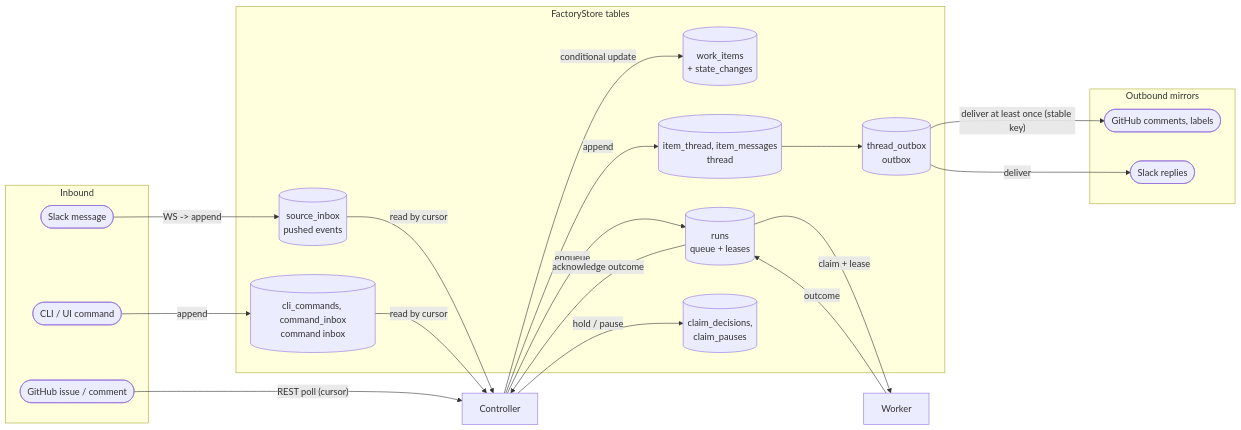
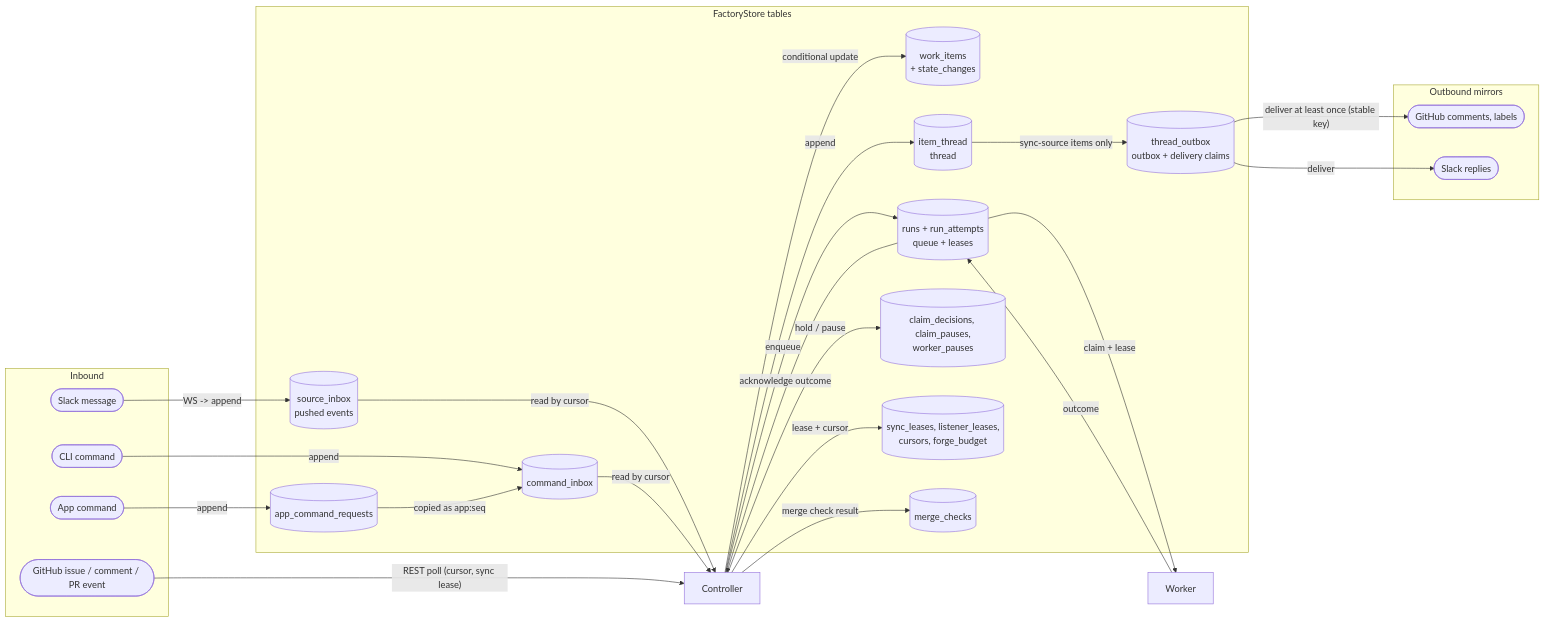
One commit to seonWKim/software-factory changed the third of 6 diagrams in ARCHITECTURE.md. Above: the diagram before and after it, drawn with Mermaid. The commit also changed other lines of this file, not shown here.

First line of the commit message:
ARCHITECTURE.md: match main, add local route and local-first gaps

````diff
--- a/ARCHITECTURE.md
+++ b/ARCHITECTURE.md
@@ -166,37 +186,45 @@
 ```mermaid
 graph LR
   subgraph IN["Inbound"]
-    GHI(["GitHub issue / comment"])
+    GHI(["GitHub issue / comment / PR event"])
     SLI(["Slack message"])
-    CLII(["CLI / UI command"])
+    CLII(["CLI command"])
+    APPI(["App command"])
   end
   subgraph STORE["FactoryStore tables"]
     WI[("work_items<br/>+ state_changes")]
-    RQ[("runs<br/>queue + leases")]
-    CI[("cli_commands, command_inbox<br/>command inbox")]
+    RQ[("runs + run_attempts<br/>queue + leases")]
+    AR[("app_command_requests")]
+    CI[("command_inbox")]
     IE[("source_inbox<br/>pushed events")]
-    TH[("item_thread, item_messages<br/>thread")]
-    TD[("thread_outbox<br/>outbox")]
-    CD[("claim_decisions,<br/>claim_pauses")]
+    TH[("item_thread<br/>thread")]
+    TD[("thread_outbox<br/>outbox + delivery claims")]
+    CD[("claim_decisions, claim_pauses,<br/>worker_pauses")]
+    SY[("sync_leases, listener_leases,<br/>cursors, forge_budget")]
+    MC[("merge_checks")]
   end
   subgraph OUT["Outbound mirrors"]
     GHO(["GitHub comments, labels"])
     SLO(["Slack replies"])
   end
 
-  GHI -- "REST poll (cursor)" --> CTL["Controller"]
+  GHI -- "REST poll (cursor, sync lease)" --> CTL["Controller"]
   SLI -- "WS -> append" --> IE
   CLII -- append --> CI
+  APPI -- append --> AR
+  AR -- "copied as app:seq" --> CI
   IE -- "read by cursor" --> CTL
   CI -- "read by cursor" --> CTL
+  CTL -- "lease + cursor" --> SY
   CTL -- "conditional update" --> WI
   CTL -- enqueue --> RQ
   CTL -- "hold / pause" --> CD
+  CTL -- "merge check result" --> MC
   RQ -- "claim + lease" --> W["Worker"]
   W -- "outcome" --> RQ
   RQ -- "acknowledge outcome" --> CTL
   CTL -- append --> TH
-  TH --> TD
+  TH -- "sync-source items only" --> TD
   TD -- "deliver at least once (stable key)" --> GHO
   TD -- deliver --> SLO
 ```
````
